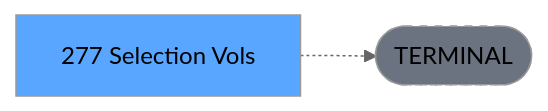
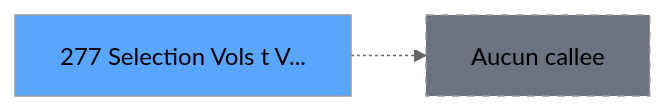
One commit to thonyAGP/magic-migration changed the third of 3 diagrams in .openspec/specs/ADH-IDE-277.md. Above: the diagram before and after it, drawn with Mermaid (neutral theme). The commit also changed other lines of this file and 493 other files, not shown here.

````diff
--- a/.openspec/specs/ADH-IDE-277.md
+++ b/.openspec/specs/ADH-IDE-277.md
@@ -138,8 +283,8 @@
 ```mermaid
 graph LR
-    T[277 Selection Vols ]
-    TERM([TERMINAL])
-    T -.-> TERM
-    style TERM fill:#6b7280,stroke-dasharray: 5 5
-    style T fill:#58a6ff,color:#000
+    T277[277 Selection Vols t V...]
+    style T277 fill:#58a6ff
+    NONE[Aucun callee]
+    T277 -.-> NONE
+    style NONE fill:#6b7280,stroke-dasharray: 5 5
 ```
````
